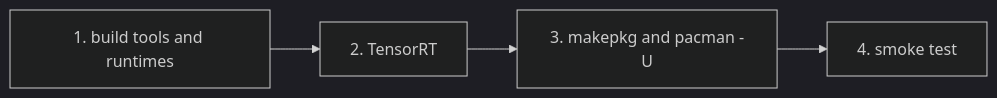
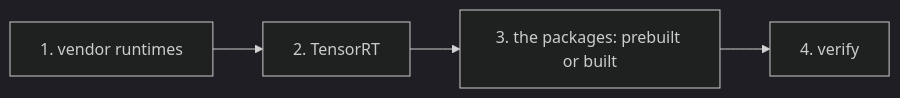
The diagram in docs/install.md (rsd/omarchy-onnxruntime), drawn with Mermaid (dark theme) before and after one commit. The commit also changed other lines of this file and 14 other files, not shown here.

````diff
--- a/docs/install.md
+++ b/docs/install.md
@@ -5,6 +5,6 @@
 ```mermaid
 flowchart LR
-    A[1. build tools and runtimes] --> B[2. TensorRT]
-    B --> C[3. makepkg and pacman -U]
-    C --> D[4. smoke test]
+    A[1. vendor runtimes] --> B[2. TensorRT]
+    B --> C[3. the packages: prebuilt or built]
+    C --> D[4. verify]
 ```
````
